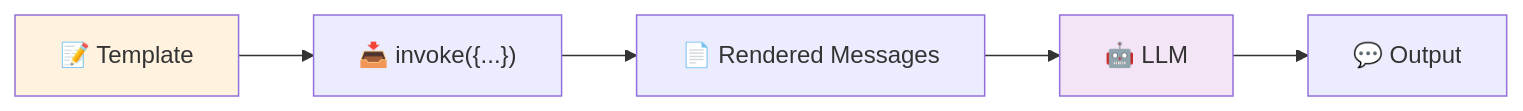
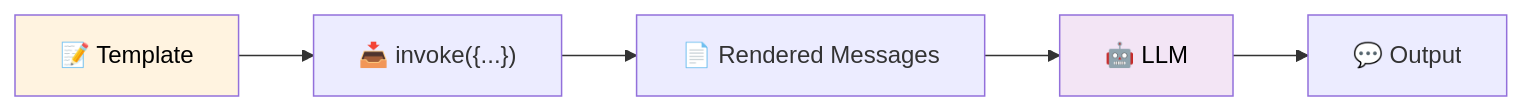
Before and after one commit to remolaan/Agentic-AI-Cookbook: the second of 3 diagrams in 02_prompt_templates/README.md, drawn with Mermaid. The commit also changed other lines of this file and 45 other files, not shown here.

Commit message:
Fix Mermaid diagram text colors for readability across all READMEs

````diff
--- a/02_prompt_templates/README.md
+++ b/02_prompt_templates/README.md
@@ -45,9 +45,9 @@
 ```mermaid
 flowchart LR
     T["📝 Template"] --> I["📥 invoke({...})"]
     I --> P["📄 Rendered Messages"]
     P --> M["🤖 LLM"]
     M --> O["💬 Output"]
-    style T fill:#fff3e0
-    style M fill:#f3e5f5
+    style T fill:#fff3e0,color:#000000
+    style M fill:#f3e5f5,color:#000000
 ```
````
